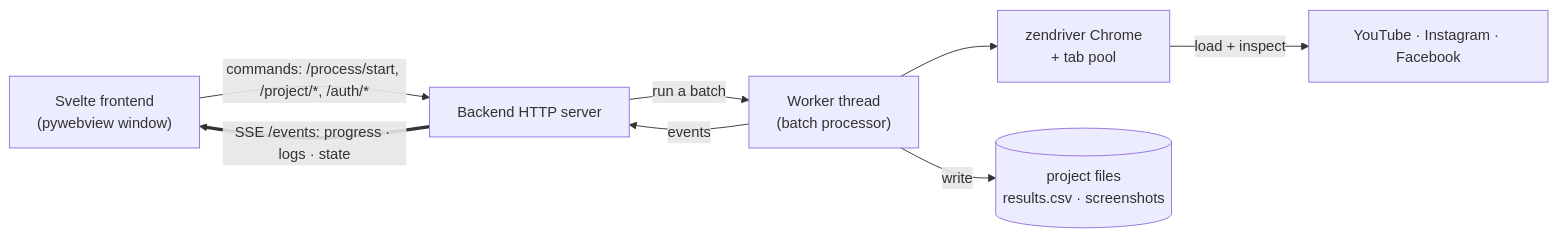
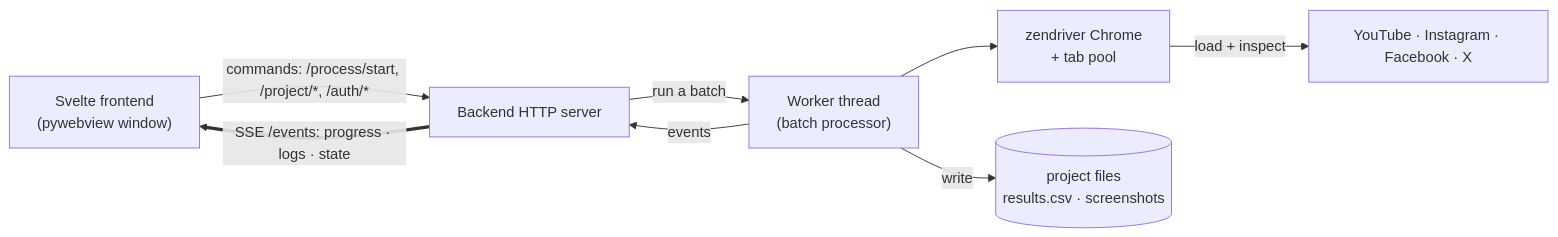
The diagram in README.md (Amsterdam-Humanities-Labs/MCAT), drawn with Mermaid before and after one commit. The commit also changed other lines of this file and 30 other files, not shown here.

````diff
--- a/README.md
+++ b/README.md
@@ -13,17 +13,17 @@
 ```mermaid
 flowchart LR
     UI["Svelte frontend<br/>(pywebview window)"]
     HTTP["Backend HTTP server"]
     Worker["Worker thread<br/>(batch processor)"]
     Browser["zendriver Chrome<br/>+ tab pool"]
-    Sites["YouTube · Instagram · Facebook"]
+    Sites["YouTube · Instagram · Facebook · X"]
     Files[("project files<br/>results.csv · screenshots")]
 
     UI -->|"commands: /process/start, /project/*, /auth/*"| HTTP
     HTTP ==>|"SSE /events: progress · logs · state"| UI
     HTTP -->|run a batch| Worker
     Worker --> Browser
     Browser -->|load + inspect| Sites
     Worker -->|events| HTTP
     Worker -->|write| Files
 ```
````
